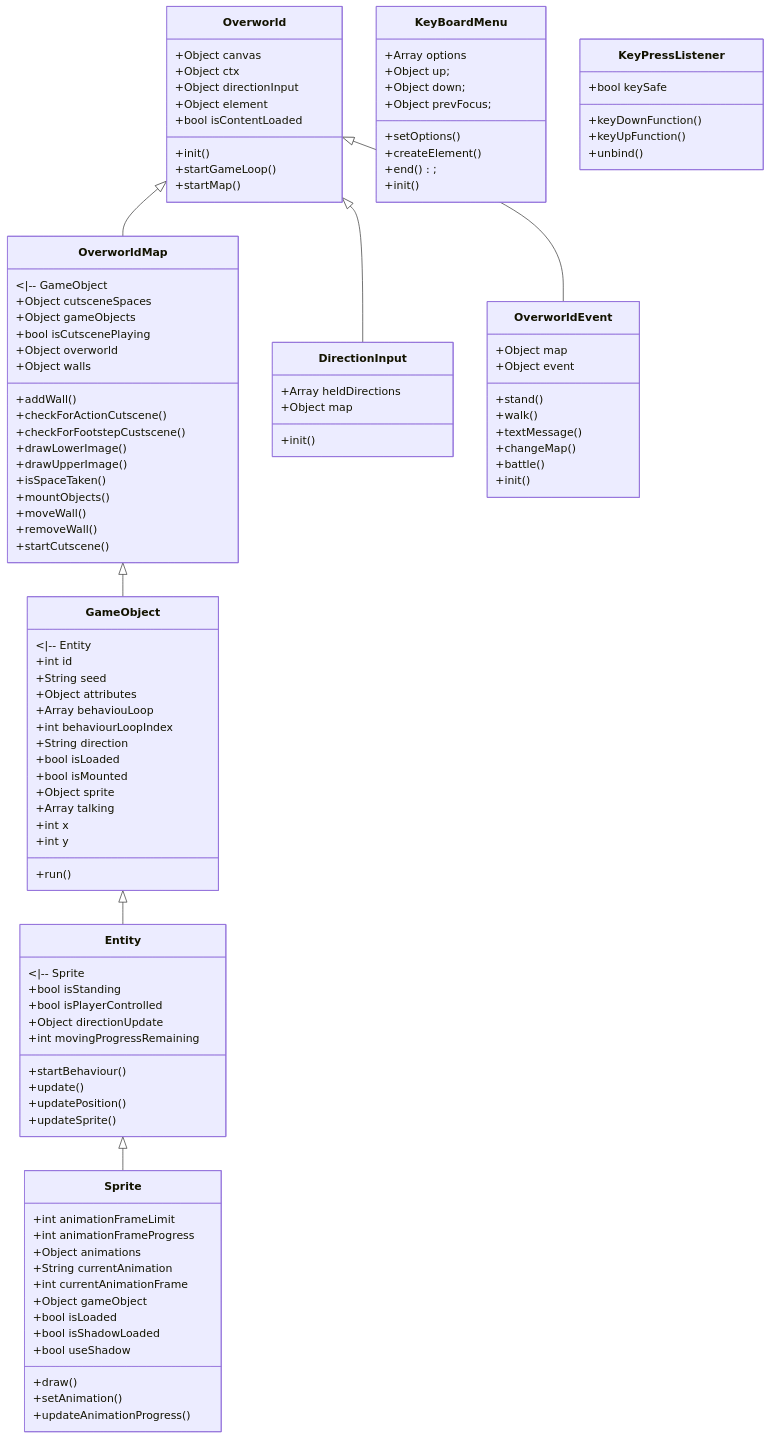
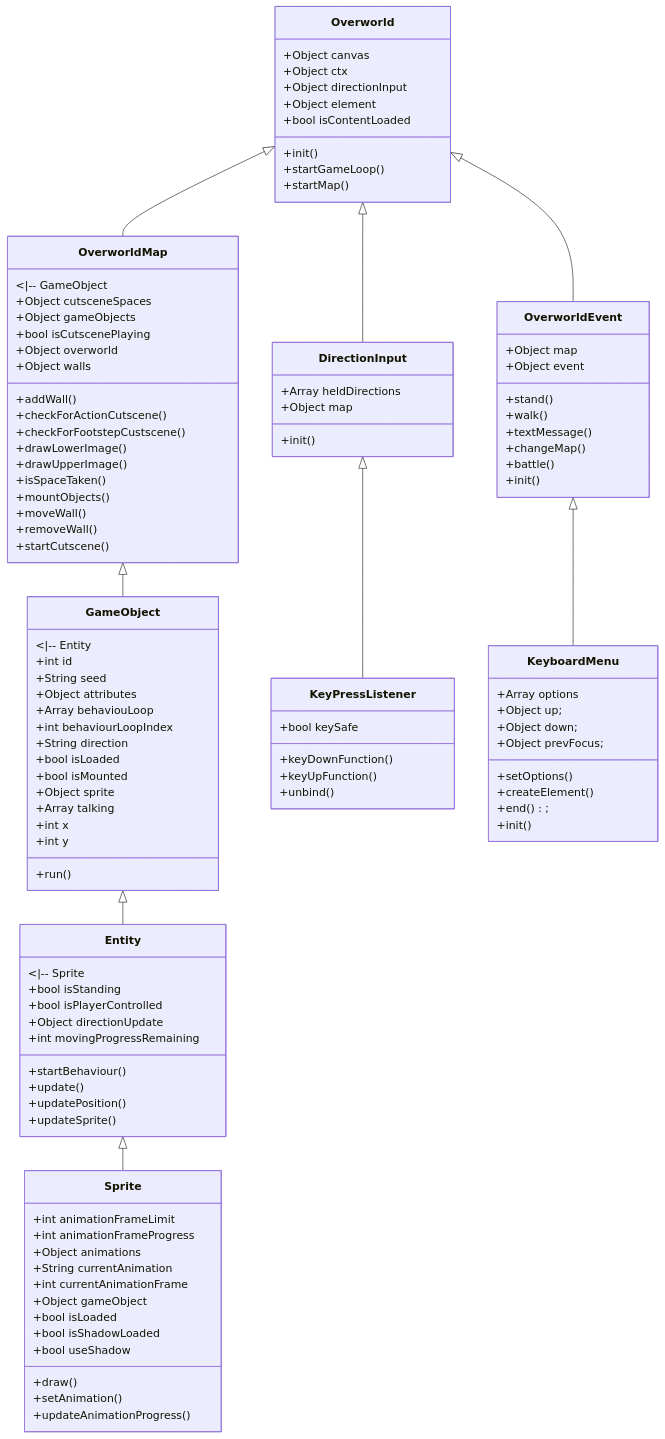
The diagram in README.md (ITsPorky/land-of-zenethians-2d-rpg), drawn with Mermaid before and after one commit.

Commit message:
Updated UML Diagram

```diff
--- a/README.md
+++ b/README.md
@@ -33,6 +33,8 @@
       OverworldMap <|-- GameObject
       GameObject <|-- Entity
       Entity <|-- Sprite
+      DirectionInput <|-- KeyPressListener
+      OverworldEvent <|-- KeyboardMenu
       Overworld : +Object canvas
       Overworld : +Object ctx
       Overworld : +Object directionInput
@@ -115,7 +117,7 @@
           +setAnimation()
           +updateAnimationProgress()
       }
-      class KeyBoardMenu{
+      class KeyboardMenu{
           +Array options
           +Object up;
           +Object down;
```
